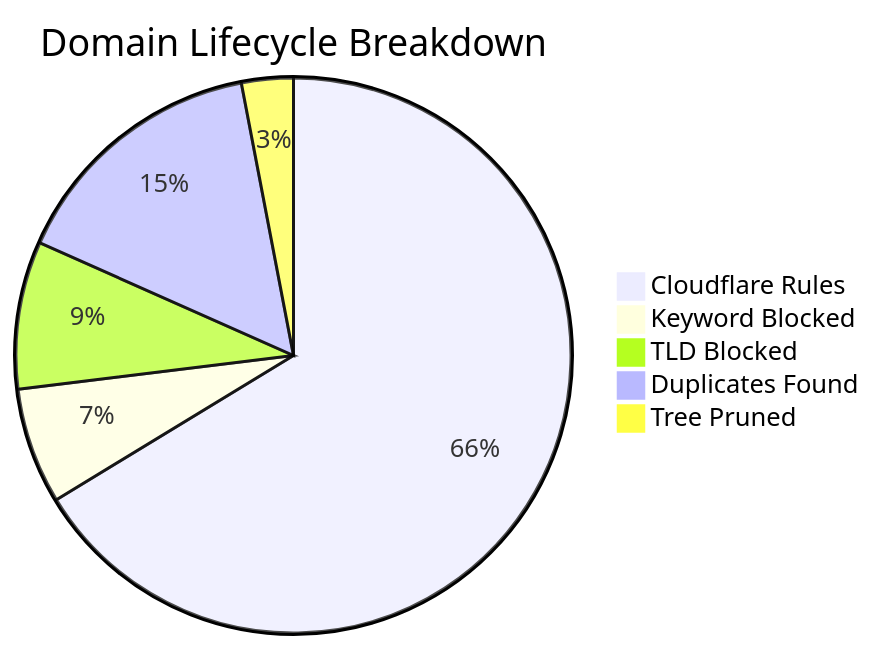
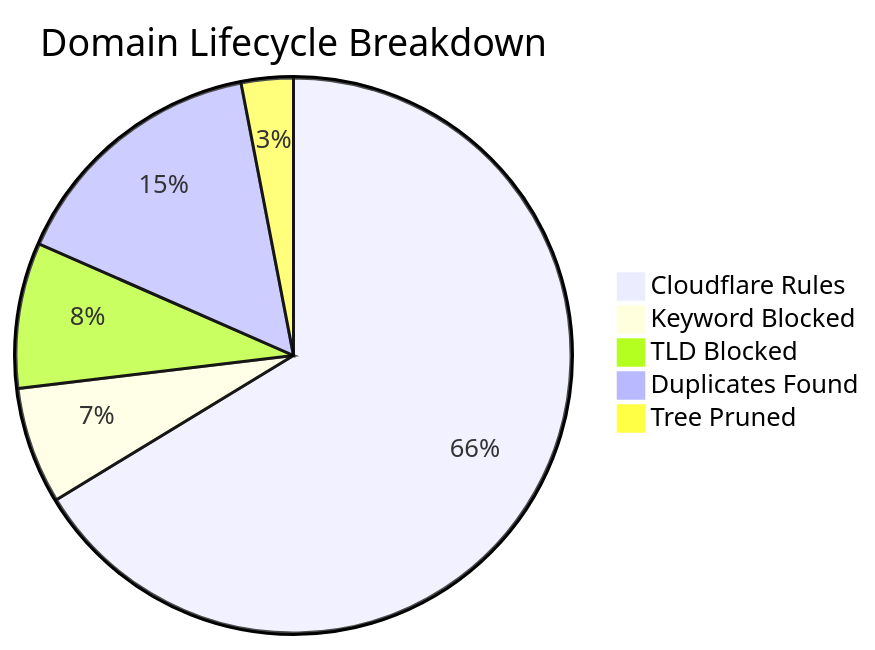
The diagram in README_STATS.md (brojangles24/Cloudflare-ZeroTrust-AdBlock), drawn with Mermaid before and after one commit. The commit also changed other lines of this file and 1 other file, not shown here.

````diff
--- a/README_STATS.md
+++ b/README_STATS.md
@@ -5,8 +5,8 @@
 ```mermaid
 pie title Domain Lifecycle Breakdown
-    "Cloudflare Rules" : 271023
-    "Keyword Blocked" : 27626
-    "TLD Blocked" : 35121
-    "Duplicates Found" : 62688
-    "Tree Pruned" : 12307
+    "Cloudflare Rules" : 269320
+    "Keyword Blocked" : 27633
+    "TLD Blocked" : 34444
+    "Duplicates Found" : 62520
+    "Tree Pruned" : 12303
 ```
````
